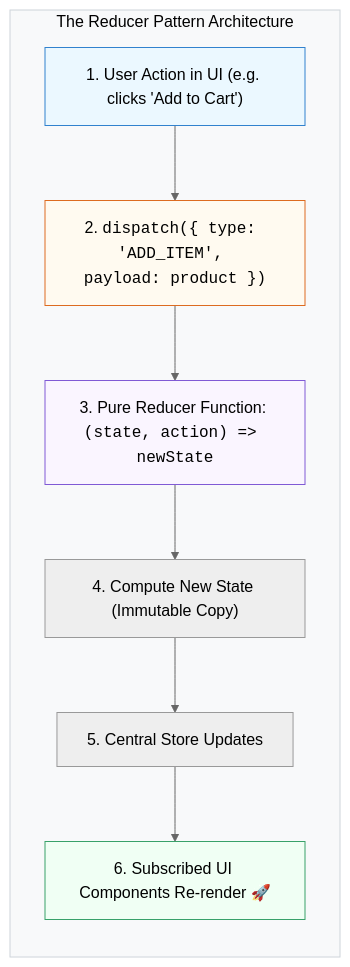
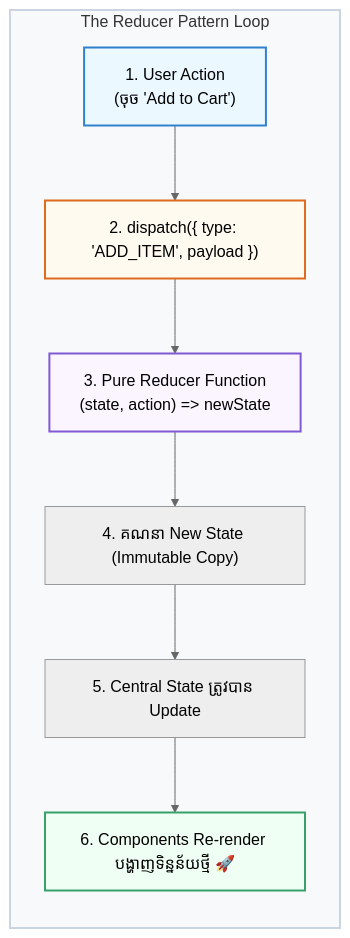
Before and after one commit to Ari-ICU/full-stack-short-coures: the diagram in src/courses/react/module-7-global-state/03-usereducer-complex-state.mdx, drawn with Mermaid (neutral theme). The commit also changed other lines of this file and 7 other files, not shown here.

Commit message:
feat: add ReactPitfallsDiagram component and update global state course content to explain derived state and useEffect pitfalls

````diff
--- a/src/courses/react/module-7-global-state/03-usereducer-complex-state.mdx
+++ b/src/courses/react/module-7-global-state/03-usereducer-complex-state.mdx
@@ -23,17 +38,17 @@
 ```mermaid
 flowchart TD
-    subgraph ReducerLoop["The Reducer Pattern Architecture"]
+    subgraph ReducerLoop["The Reducer Pattern Loop"]
         direction TB
-        UI["1. User Action in UI (e.g. clicks 'Add to Cart')"] --> Dispatch["2. <code>dispatch({ type: 'ADD_ITEM', payload: product })</code>"]
-        Dispatch --> Reducer["3. Pure Reducer Function: <code>(state, action) =&gt; newState</code>"]
-        Reducer --> NewState["4. Compute New State (Immutable Copy)"]
-        NewState --> Store["5. Central Store Updates"]
-        Store --> ReRender["6. Subscribed UI Components Re-render 🚀"]
+        UI["1. User Action<br/>(ចុច 'Add to Cart')"] --> Dispatch["2. dispatch({ type: 'ADD_ITEM', payload })"]
+        Dispatch --> Reducer["3. Pure Reducer Function<br/>(state, action) => newState"]
+        Reducer --> NewState["4. គណនា New State (Immutable Copy)"]
+        NewState --> Store["5. Central State ត្រូវបាន Update"]
+        Store --> ReRender["6. Components Re-render បង្ហាញទិន្នន័យថ្មី 🚀"]
     end
 
-    style ReducerLoop fill:#f8f9fa,stroke:#ced4da,color:#000
-    style UI fill:#ebf8ff,stroke:#3182ce,color:#000
-    style Dispatch fill:#fffaf0,stroke:#dd6b20,color:#000
-    style Reducer fill:#faf5ff,stroke:#805ad5,color:#000
-    style ReRender fill:#f0fff4,stroke:#38a169,color:#000
+    style ReducerLoop fill:#f8f9fa,stroke:#cbd5e1,stroke-width:2px
+    style UI fill:#ebf8ff,stroke:#3182ce,stroke-width:2px
+    style Dispatch fill:#fffaf0,stroke:#dd6b20,stroke-width:2px
+    style Reducer fill:#faf5ff,stroke:#805ad5,stroke-width:2px
+    style ReRender fill:#f0fff4,stroke:#38a169,stroke-width:2px
 ```
````
